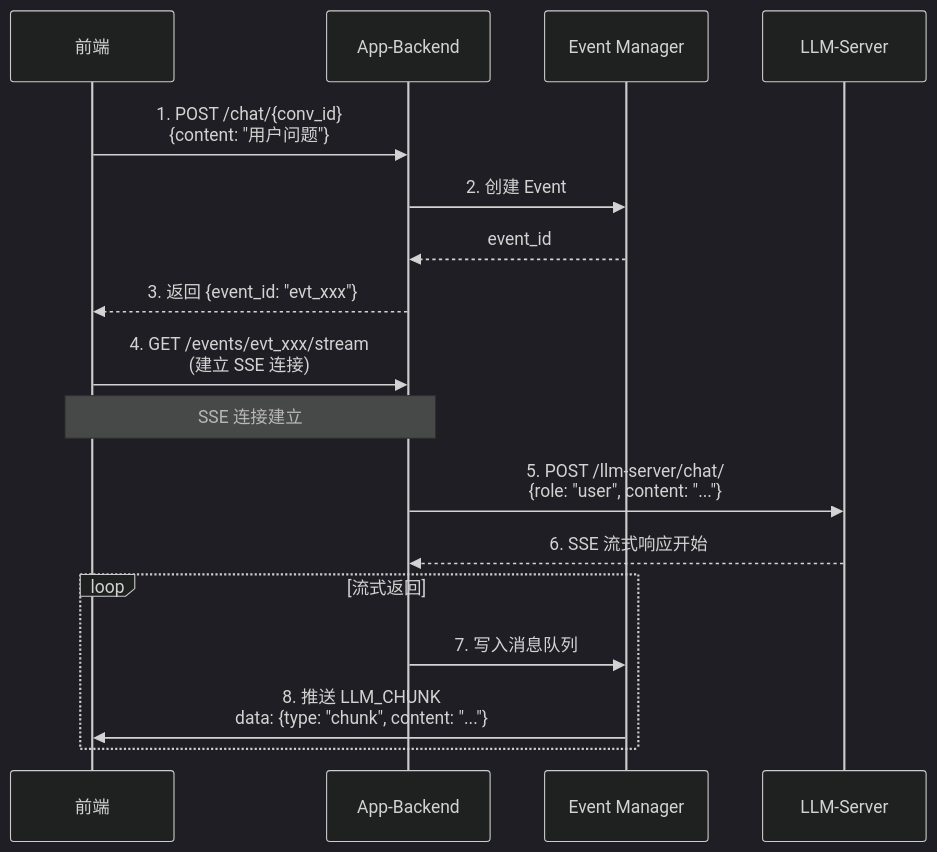
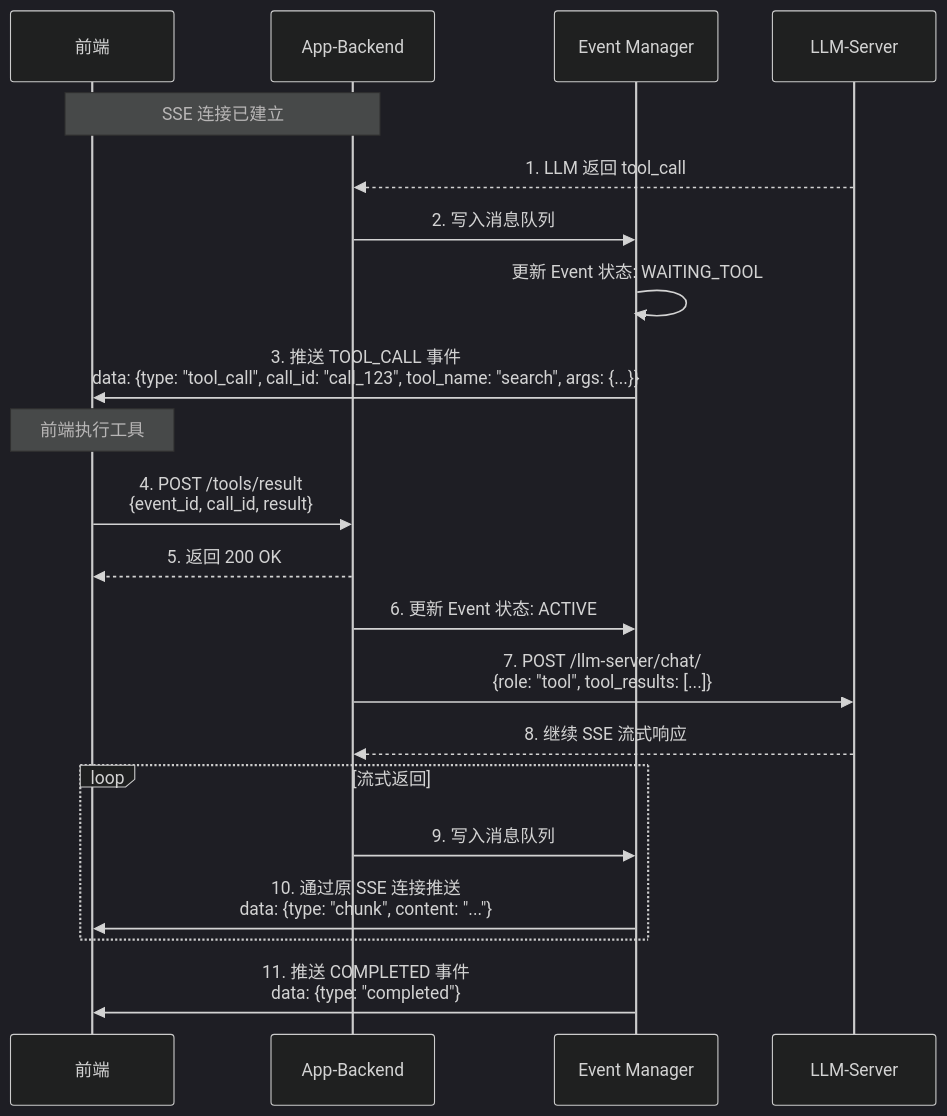
The diagram in all/未命名-10.md (yingjianzh/iodraw-files), drawn with Mermaid (dark theme) before and after one commit.

Commit message:
2025-12-22 14:41:48 update

````diff
--- a/all/未命名-10.md
+++ b/all/未命名-10.md
@@ -1,23 +1,31 @@
 ```mermaid
 sequenceDiagram
     participant F as 前端
     participant B as App-Backend
     participant E as Event Manager
     participant L as LLM-Server
 
-    F->>B: 1. POST /chat/{conv_id}<br/>{content: "用户问题"}
-    B->>E: 2. 创建 Event
-    E-->>B: event_id
-    B-->>F: 3. 返回 {event_id: "evt_xxx"}
+    Note over F,B: SSE 连接已建立
     
-    F->>B: 4. GET /events/evt_xxx/stream<br/>(建立 SSE 连接)
-    Note over F,B: SSE 连接建立
+    L-->>B: 1. LLM 返回 tool_call
+    B->>E: 2. 写入消息队列
+    E->>E: 更新 Event 状态: WAITING_TOOL
+    E->>F: 3. 推送 TOOL_CALL 事件<br/>data: {type: "tool_call", call_id: "call_123", tool_name: "search", args: {...}}
     
-    B->>L: 5. POST /llm-server/chat/<br/>{role: "user", content: "..."}
-    L-->>B: 6. SSE 流式响应开始
+    Note over F: 前端执行工具
+    
+    F->>B: 4. POST /tools/result<br/>{event_id, call_id, result}
+    B-->>F: 5. 返回 200 OK
+    
+    B->>E: 6. 更新 Event 状态: ACTIVE
+    B->>L: 7. POST /llm-server/chat/<br/>{role: "tool", tool_results: [...]}
+    
+    L-->>B: 8. 继续 SSE 流式响应
     
     loop 流式返回
-        B->>E: 7. 写入消息队列
-        E->>F: 8. 推送 LLM_CHUNK<br/>data: {type: "chunk", content: "..."}
+        B->>E: 9. 写入消息队列
+        E->>F: 10. 通过原 SSE 连接推送<br/>data: {type: "chunk", content: "..."}
     end
+    
+    E->>F: 11. 推送 COMPLETED 事件<br/>data: {type: "completed"}
 ```
````
